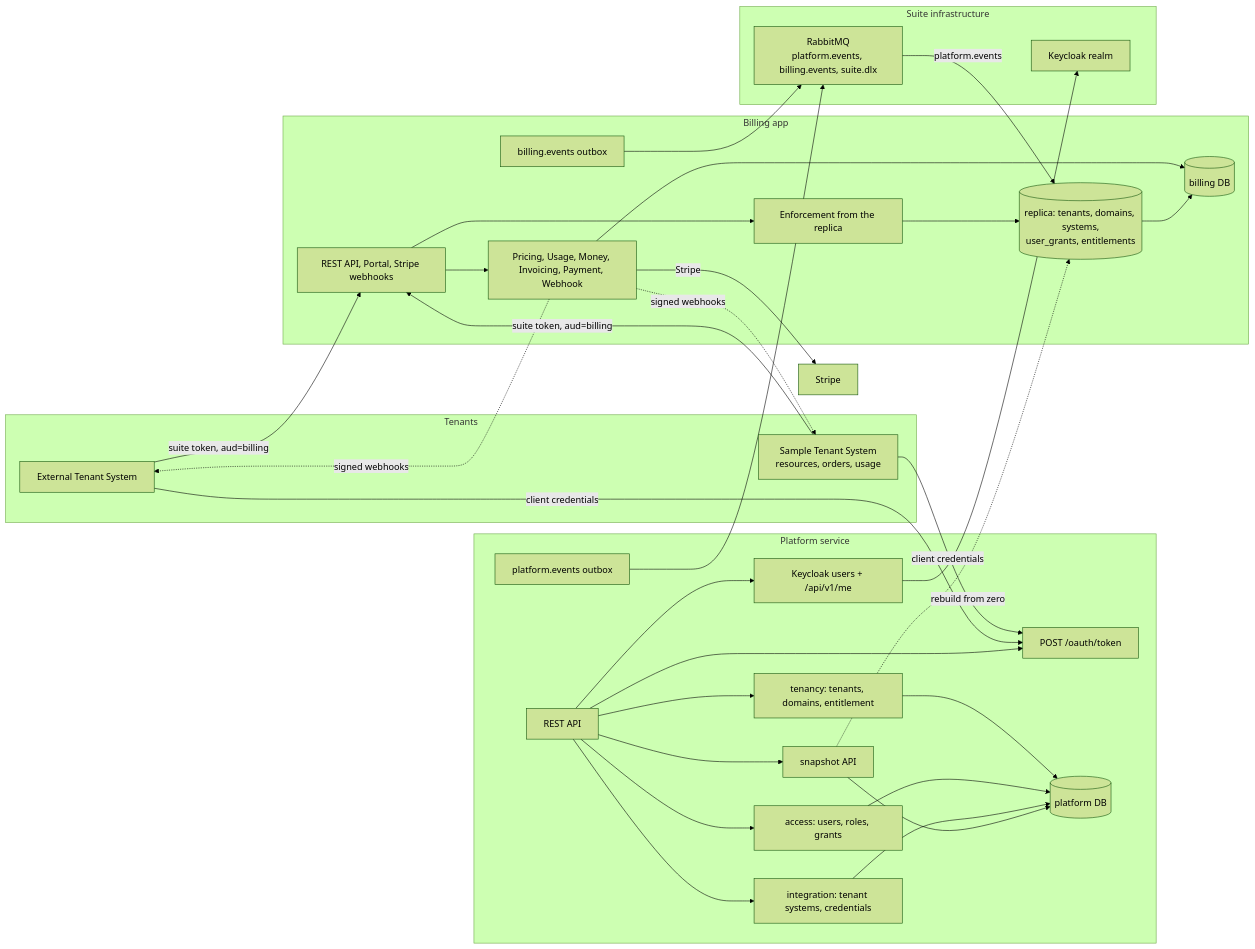
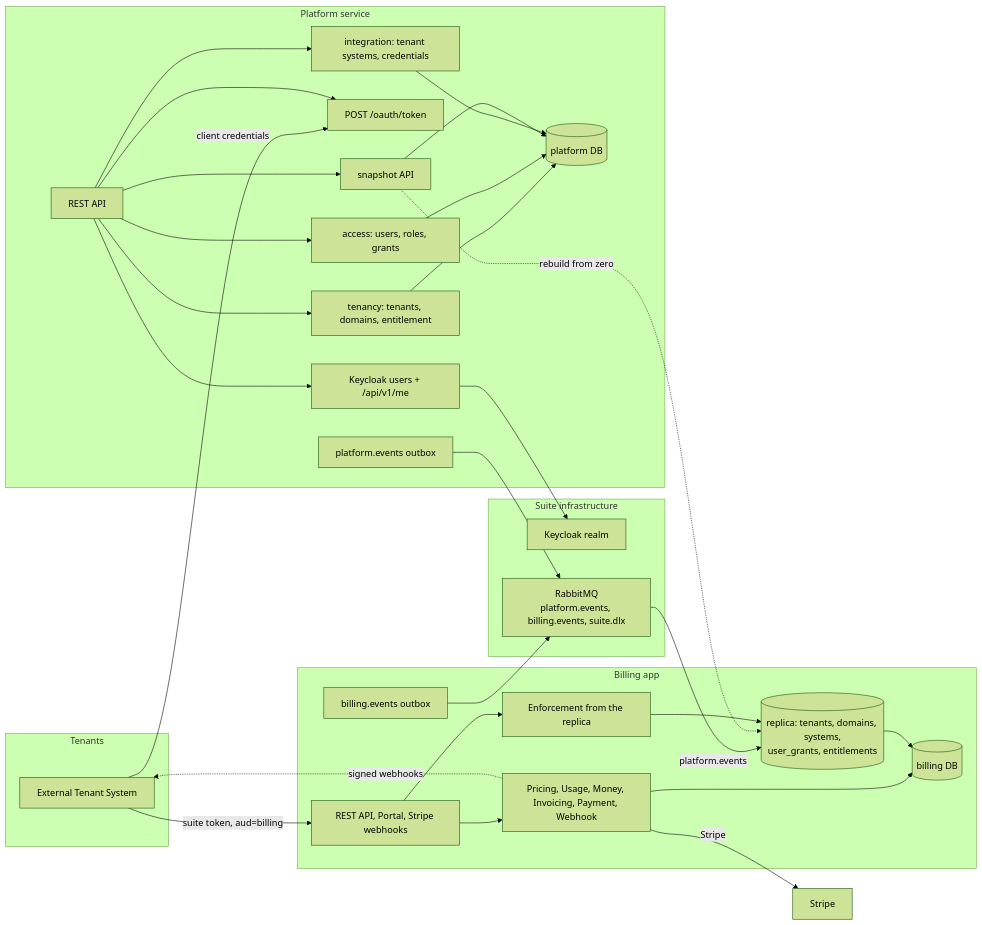
One commit to ninggiangboy/tenancykit changed the diagram in docs/architecture.md. Above: the diagram before and after it, drawn with Mermaid (forest theme). The commit also changed other lines of this file and 7 other files, not shown here.

First line of the commit message:
docs: remove the sample tenant from the overview, architecture and runtime docs

````diff
--- a/docs/architecture.md
+++ b/docs/architecture.md
@@ -5,64 +5,60 @@
 ```mermaid
 flowchart LR
     subgraph TENANTS["Tenants"]
         EXTAPP["External Tenant System"]
-        RM["Sample Tenant System<br/>resources, orders, usage"]
     end
 
     subgraph PLATFORM["Platform service"]
         PAPI["REST API"]
         PALOGIN["Keycloak users + /api/v1/me"]
         PTOK["POST /oauth/token"]
         PTEN["tenancy: tenants, domains, entitlement"]
         PACC["access: users, roles, grants"]
         PINT["integration: tenant systems, credentials"]
         PSNAP["snapshot API"]
         PEVT["platform.events outbox"]
         PDB[("platform DB")]
     end
 
     subgraph BILLING["Billing app"]
         BAPI["REST API, Portal, Stripe webhooks"]
         BPERM["Enforcement from the replica"]
         BCTX["Pricing, Usage, Money, Invoicing, Payment, Webhook"]
         BREP[("replica: tenants, domains, systems,<br/>user_grants, entitlements")]
         BEVT["billing.events outbox"]
         BDB[("billing DB")]
     end
 
     subgraph INFRA["Suite infrastructure"]
         KC["Keycloak realm"]
         MQ["RabbitMQ<br/>platform.events, billing.events, suite.dlx"]
     end
 
     EXTAPP -->|"suite token, aud=billing"| BAPI
-    RM -->|"suite token, aud=billing"| BAPI
-    RM -->|"client credentials"| PTOK
     EXTAPP -->|"client credentials"| PTOK
 
     PAPI --> PALOGIN
     PAPI --> PTOK
     PAPI --> PTEN
     PAPI --> PACC
     PAPI --> PINT
     PAPI --> PSNAP
     PALOGIN --> KC
     PTEN --> PDB
     PACC --> PDB
     PINT --> PDB
     PSNAP --> PDB
     PEVT --> MQ
 
     MQ -->|"platform.events"| BREP
     PSNAP -. "rebuild from zero" .-> BREP
     BAPI --> BPERM
     BAPI --> BCTX
     BPERM --> BREP
     BCTX --> BDB
     BREP --> BDB
     BEVT --> MQ
 
-    BCTX -. "signed webhooks" .-> RM
     BCTX -. "signed webhooks" .-> EXTAPP
     BCTX -->|"Stripe"| STRIPE["Stripe"]
 ```
````
